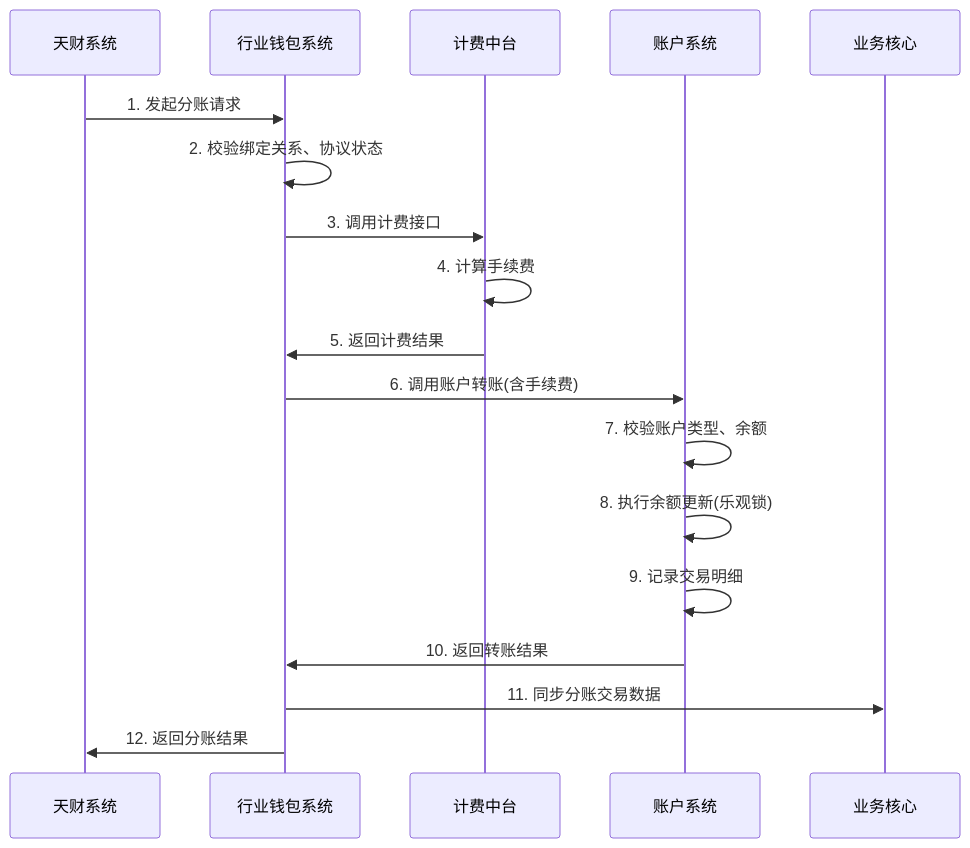
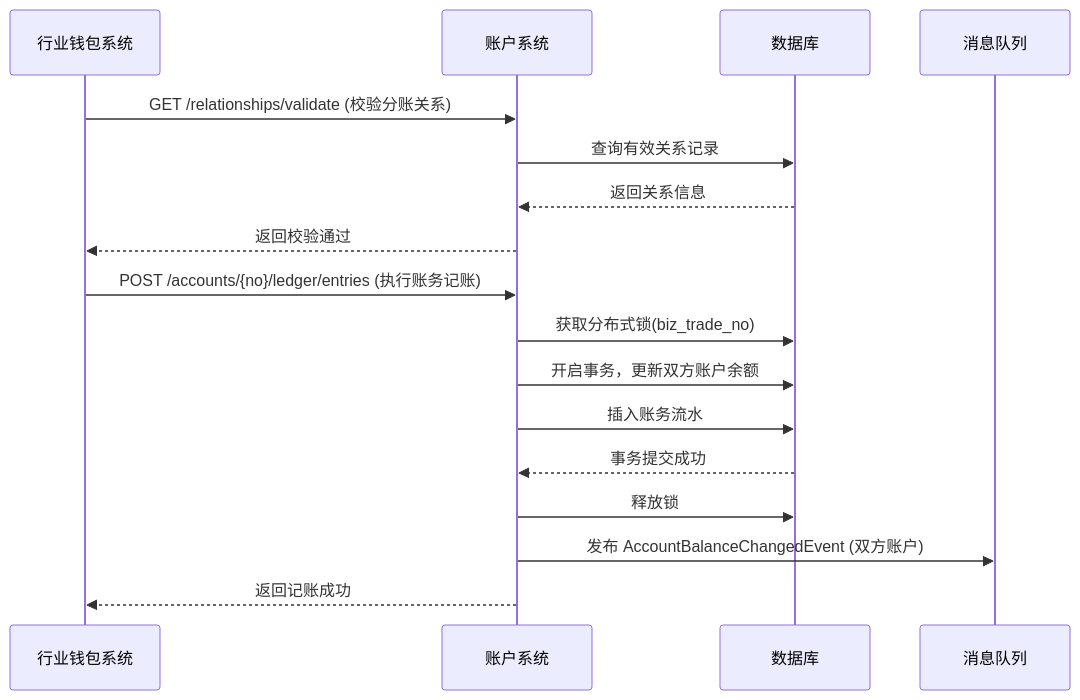
One commit to youzi211/AiCoding changed the second of 2 diagrams in data/天财分账需求/gpt-5.2/workspace/02_modules/module_账户系统.md. Above: the diagram before and after it, drawn with Mermaid. The commit also changed other lines of this file and 29 other files, not shown here.

````diff
--- a/data/天财分账需求/gpt-5.2/workspace/02_modules/module_账户系统.md
+++ b/data/天财分账需求/gpt-5.2/workspace/02_modules/module_账户系统.md
@@ -444,21 +253,21 @@
 ```mermaid
 sequenceDiagram
-    participant T as 天财系统
     participant W as 行业钱包系统
-    participant F as 计费中台
     participant A as 账户系统
-    participant BC as 业务核心
-    
-    T->>W: 1. 发起分账请求
-    W->>W: 2. 校验绑定关系、协议状态
-    W->>F: 3. 调用计费接口
-    F->>F: 4. 计算手续费
-    F->>W: 5. 返回计费结果
-    W->>A: 6. 调用账户转账(含手续费)
-    A->>A: 7. 校验账户类型、余额
-    A->>A: 8. 执行余额更新(乐观锁)
-    A->>A: 9. 记录交易明细
-    A->>W: 10. 返回转账结果
-    W->>BC: 11. 同步分账交易数据
-    W->>T: 12. 返回分账结果
+    participant DB as 数据库
+    participant MQ as 消息队列
+
+    W->>A: GET /relationships/validate (校验分账关系)
+    A->>DB: 查询有效关系记录
+    DB-->>A: 返回关系信息
+    A-->>W: 返回校验通过
+
+    W->>A: POST /accounts/{no}/ledger/entries (执行账务记账)
+    A->>DB: 获取分布式锁(biz_trade_no)
+    A->>DB: 开启事务，更新双方账户余额
+    A->>DB: 插入账务流水
+    DB-->>A: 事务提交成功
+    A->>DB: 释放锁
+    A->>MQ: 发布 AccountBalanceChangedEvent (双方账户)
+    A-->>W: 返回记账成功
 ```
````
